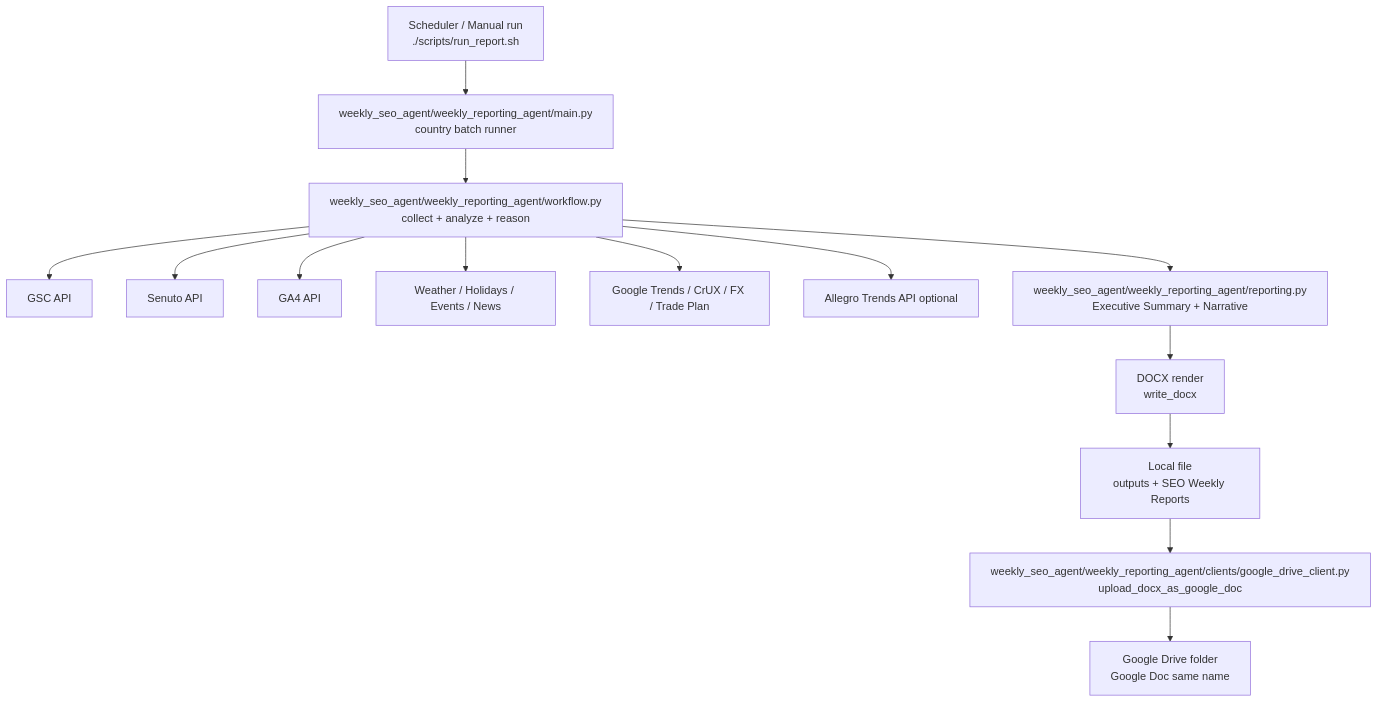
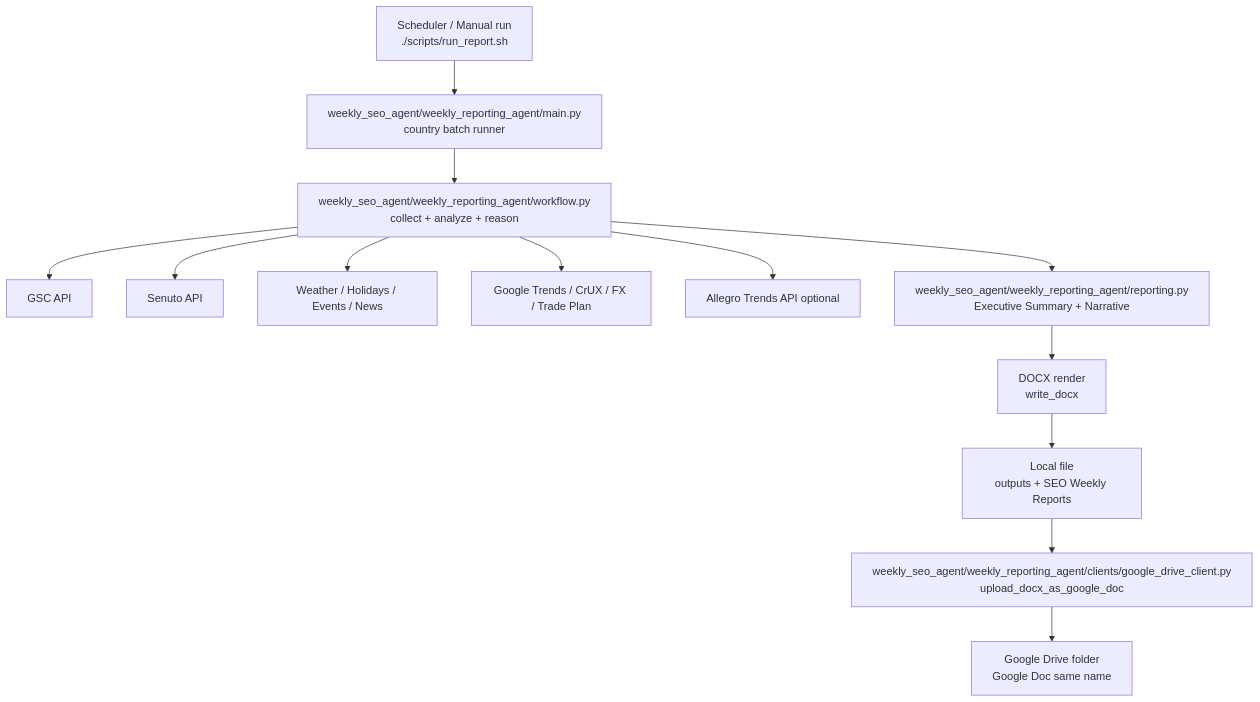
One commit to SorontarX10/weekly-seo-agent changed the diagram in weekly_seo_agent/weekly_reporting_agent/ARCHITECTURE.md. Above: the diagram before and after it, drawn with Mermaid. The commit also changed other lines of this file and 6 other files, not shown here.

````diff
--- a/weekly_seo_agent/weekly_reporting_agent/ARCHITECTURE.md
+++ b/weekly_seo_agent/weekly_reporting_agent/ARCHITECTURE.md
@@ -8,19 +8,18 @@
 ```mermaid
 flowchart TD
     A[Scheduler / Manual run\n./scripts/run_report.sh] --> B[weekly_seo_agent/weekly_reporting_agent/main.py\ncountry batch runner]
     B --> C[weekly_seo_agent/weekly_reporting_agent/workflow.py\ncollect + analyze + reason]
 
     C --> D1[GSC API]
     C --> D2[Senuto API]
-    C --> D3[GA4 API]
     C --> D4[Weather / Holidays / Events / News]
     C --> D5[Google Trends / CrUX / FX / Trade Plan]
     C --> D6[Allegro Trends API optional]
 
     C --> E[weekly_seo_agent/weekly_reporting_agent/reporting.py\nExecutive Summary + Narrative]
     E --> F[DOCX render\nwrite_docx]
     F --> G[Local file\noutputs + SEO Weekly Reports]
 
     G --> H[weekly_seo_agent/weekly_reporting_agent/clients/google_drive_client.py\nupload_docx_as_google_doc]
     H --> I[Google Drive folder\nGoogle Doc same name]
 ```
````
